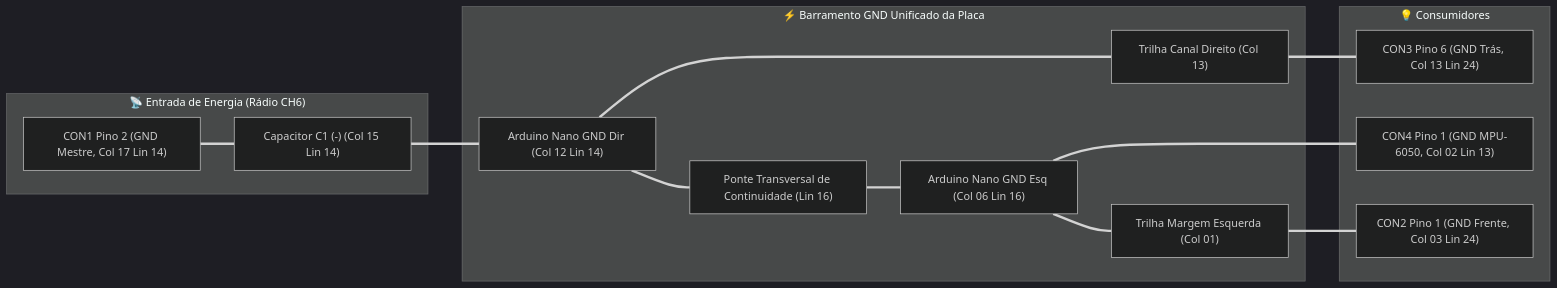
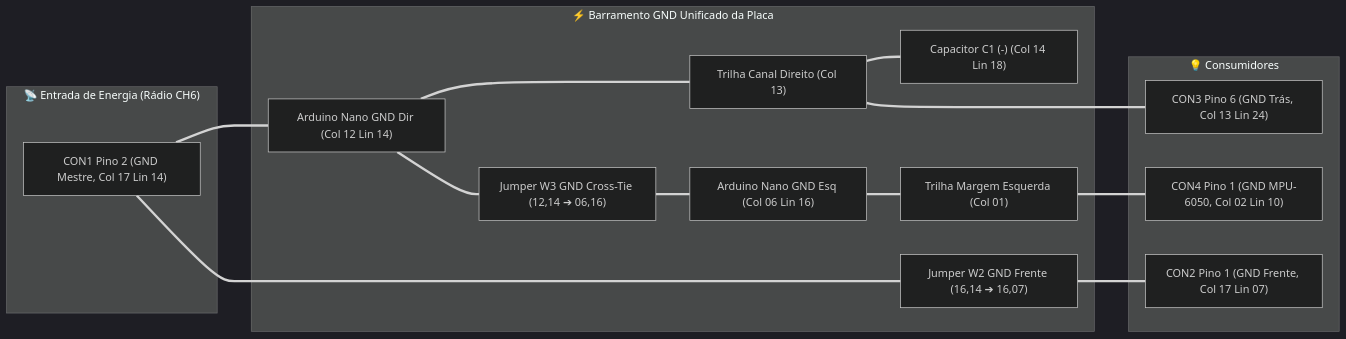
Before and after one commit to jtitton/RC-Light-Controller: the diagram in PREMISSAS_PROJETO.md, drawn with Mermaid (dark theme). The commit also changed other lines of this file and 22 other files, not shown here.

````diff
--- a/PREMISSAS_PROJETO.md
+++ b/PREMISSAS_PROJETO.md
@@ -50,30 +54,33 @@
 ```mermaid
 flowchart LR
     subgraph ENTRADA["📡 Entrada de Energia (Rádio CH6)"]
         CON1_GND["CON1 Pino 2 (GND Mestre, Col 17 Lin 14)"]
-        C1_NEG["Capacitor C1 (-) (Col 15 Lin 14)"]
     end
 
     subgraph BARRAMENTO["⚡ Barramento GND Unificado da Placa"]
         NANO_GND_DIR["Arduino Nano GND Dir (Col 12 Lin 14)"]
         GND_TRONCO_DIR["Trilha Canal Direito (Col 13)"]
-        PONTE_GND["Ponte Transversal de Continuidade (Lin 16)"]
+        C1_NEG["Capacitor C1 (-) (Col 14 Lin 18)"]
+        JUMPER_W2["Jumper W2 GND Frente (16,14 ➔ 16,07)"]
+        PONTE_GND["Jumper W3 GND Cross-Tie (12,14 ➔ 06,16)"]
         NANO_GND_ESQ["Arduino Nano GND Esq (Col 06 Lin 16)"]
         GND_TRONCO_ESQ["Trilha Margem Esquerda (Col 01)"]
     end
 
     subgraph CARGAS["💡 Consumidores"]
         CON3_GND["CON3 Pino 6 (GND Trás, Col 13 Lin 24)"]
-        CON4_GND["CON4 Pino 1 (GND MPU-6050, Col 02 Lin 13)"]
-        CON2_GND["CON2 Pino 1 (GND Frente, Col 03 Lin 24)"]
+        CON2_GND["CON2 Pino 1 (GND Frente, Col 17 Lin 07)"]
+        CON4_GND["CON4 Pino 1 (GND MPU-6050, Col 02 Lin 10)"]
     end
 
-    CON1_GND === C1_NEG
-    C1_NEG === NANO_GND_DIR
+    CON1_GND === NANO_GND_DIR
     NANO_GND_DIR === GND_TRONCO_DIR
+    GND_TRONCO_DIR === C1_NEG
     GND_TRONCO_DIR === CON3_GND
 
+    CON1_GND === JUMPER_W2 === CON2_GND
+
     NANO_GND_DIR === PONTE_GND === NANO_GND_ESQ
-    NANO_GND_ESQ === CON4_GND
-    NANO_GND_ESQ === GND_TRONCO_ESQ === CON2_GND
+    NANO_GND_ESQ === GND_TRONCO_ESQ
+    GND_TRONCO_ESQ === CON4_GND
 ```
````
